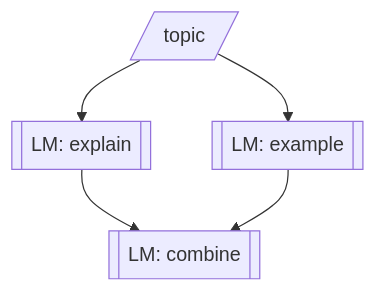
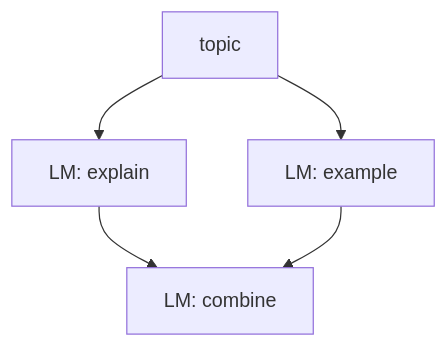
Before and after one commit to ASEM000/autoform: the first of 2 diagrams in README.md, drawn with Mermaid. The commit also changed 5 other files, not shown here.

Commit message:
docs: normalize mermaid

````diff
--- a/README.md
+++ b/README.md
@@ -144,7 +144,7 @@
 ```mermaid
 flowchart TD
-    topic[/topic/] --> explain[["LM: explain"]]
-    topic --> example[["LM: example"]]
-    explain --> combine[["LM: combine"]]
+    topic["topic"] --> explain["LM: explain"]
+    topic --> example["LM: example"]
+    explain --> combine["LM: combine"]
     example --> combine
 ```
````
